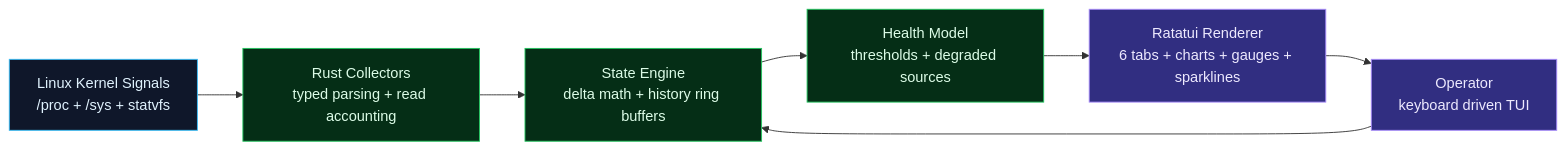
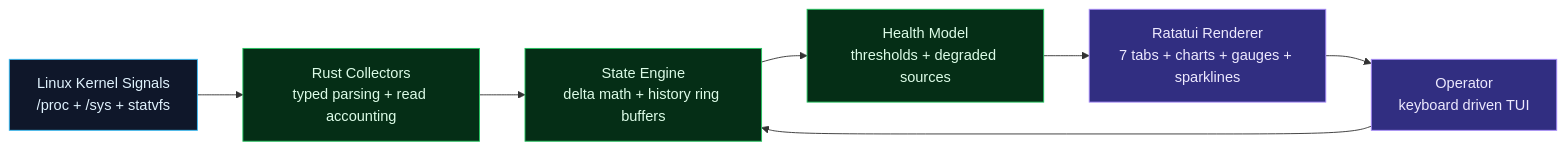
Before and after one commit to digitalninjanv/linwatch: the diagram in README.md, drawn with Mermaid. The commit also changed other lines of this file and 6 other files, not shown here.

````diff
--- a/README.md
+++ b/README.md
@@ -197,16 +284,16 @@
 ```mermaid
 flowchart LR
     A["Linux Kernel Signals<br/>/proc + /sys + statvfs"] --> B["Rust Collectors<br/>typed parsing + read accounting"]
     B --> C["State Engine<br/>delta math + history ring buffers"]
     C --> D["Health Model<br/>thresholds + degraded sources"]
-    D --> E["Ratatui Renderer<br/>6 tabs + charts + gauges + sparklines"]
+    D --> E["Ratatui Renderer<br/>7 tabs + charts + gauges + sparklines"]
     E --> F["Operator<br/>keyboard driven TUI"]
     F --> C
 
     classDef source fill:#0f172a,stroke:#38bdf8,color:#e0f2fe
     classDef engine fill:#052e16,stroke:#22c55e,color:#dcfce7
     classDef ui fill:#312e81,stroke:#a78bfa,color:#ede9fe
     class A source
     class B,C,D engine
     class E,F ui
 ```
````
